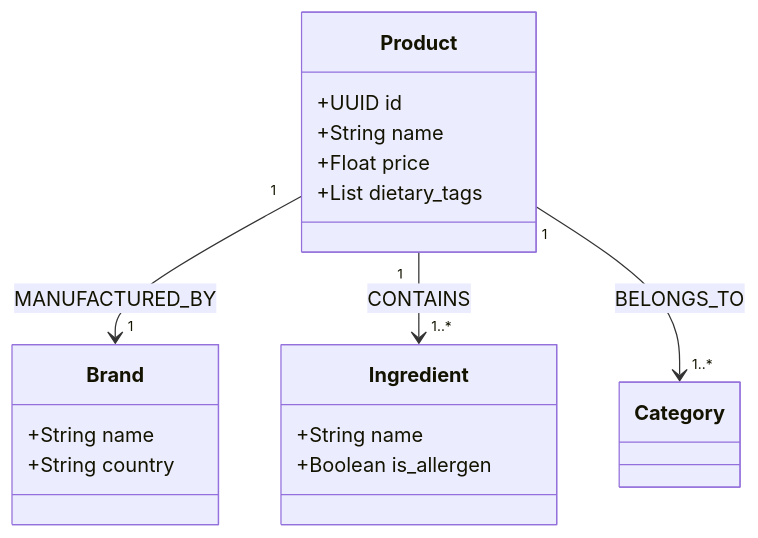
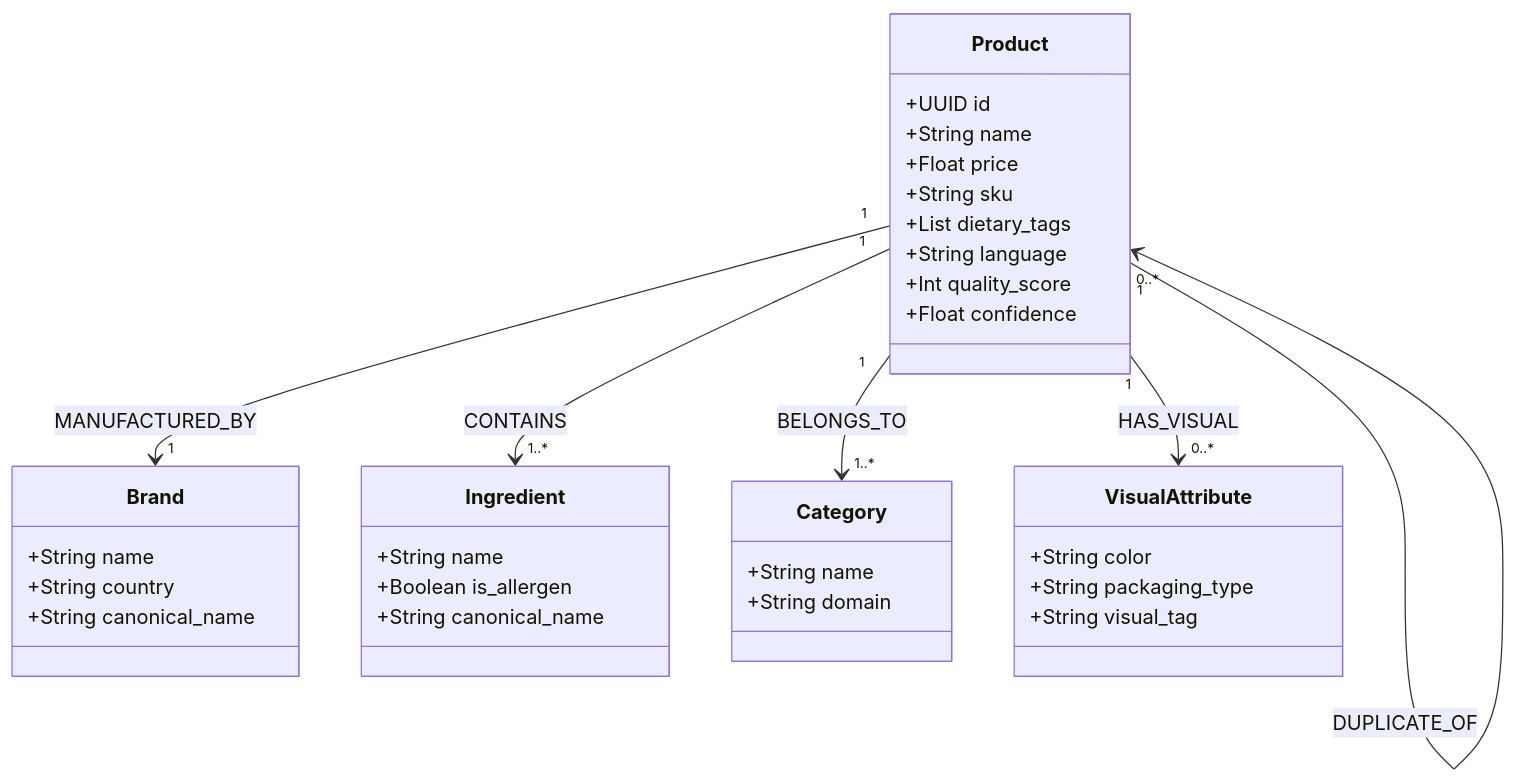
Before and after one commit to AmanDataGuy/RetailGraph: the second of 3 diagrams in README.md, drawn with Mermaid. The commit also changed other lines of this file, not shown here.

````diff
--- a/README.md
+++ b/README.md
@@ -73,20 +97,38 @@
 ```mermaid
 classDiagram
     Product "1" --> "1" Brand : MANUFACTURED_BY
     Product "1" --> "1..*" Ingredient : CONTAINS
     Product "1" --> "1..*" Category : BELONGS_TO
+    Product "1" --> "0..*" VisualAttribute : HAS_VISUAL
+    Product "1" --> "0..*" Product : DUPLICATE_OF
+
     class Product{
         +UUID id
         +String name
         +Float price
+        +String sku
         +List dietary_tags
+        +String language
+        +Int quality_score
+        +Float confidence
     }
     class Brand{
         +String name
         +String country
+        +String canonical_name
     }
     class Ingredient{
         +String name
         +Boolean is_allergen
+        +String canonical_name
+    }
+    class Category{
+        +String name
+        +String domain
+    }
+    class VisualAttribute{
+        +String color
+        +String packaging_type
+        +String visual_tag
     }
 ```
````
